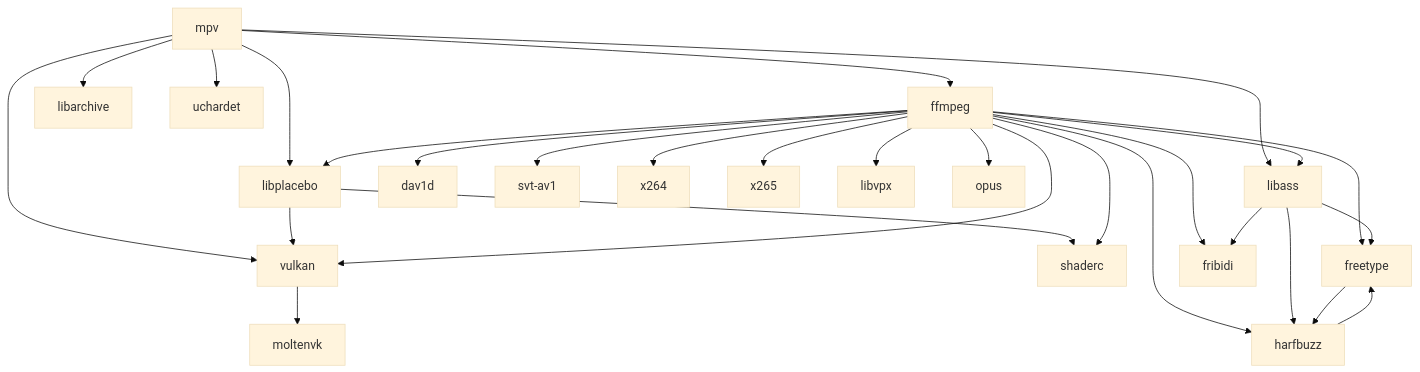
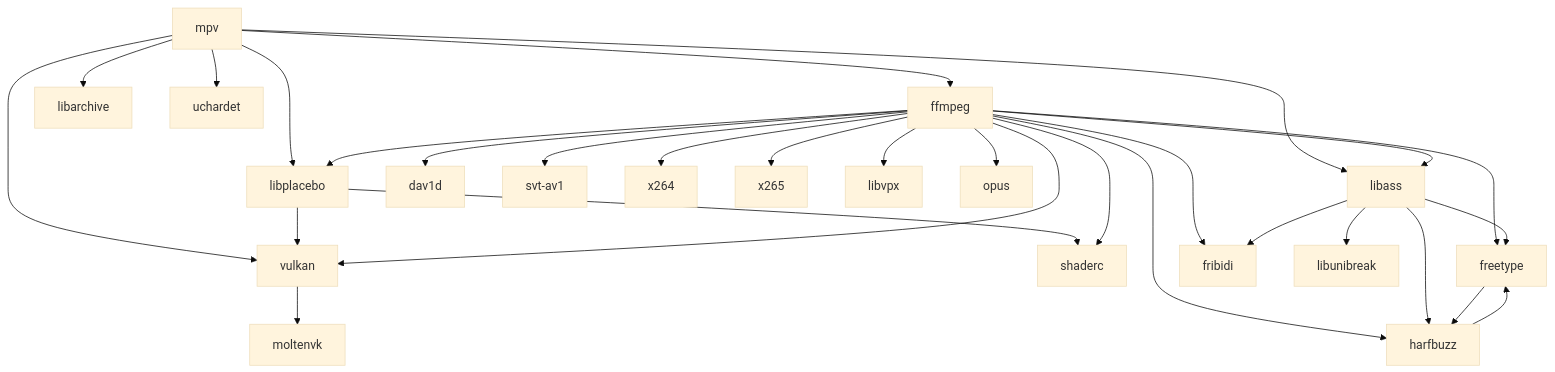
One commit to m154k1/mpv-build-macOS changed the diagram in README.md. Above: the diagram before and after it, drawn with Mermaid (base theme). The commit also changed other lines of this file and 2 other files, not shown here.

Commit message:
scripts: add build-libunibreak

````diff
--- a/README.md
+++ b/README.md
@@ -193,30 +201,31 @@
 ```mermaid
 graph TD;
    mpv-->ffmpeg;
    mpv-->libplacebo;
    mpv-->vulkan;
    mpv-->libass;
    mpv-->libarchive;
    mpv-->uchardet;
    libplacebo-->vulkan;
    libplacebo-->shaderc;
    vulkan-->moltenvk;
    ffmpeg-->libplacebo;
    ffmpeg-->vulkan;
    ffmpeg-->shaderc;
    ffmpeg-->dav1d;
    ffmpeg-->svt-av1;
    ffmpeg-->x264;
    ffmpeg-->x265;
    ffmpeg-->libvpx;
    ffmpeg-->opus;
    ffmpeg-->libass;
    ffmpeg-->freetype;
    ffmpeg-->harfbuzz;
    ffmpeg-->fribidi;
    libass-->freetype;
    libass-->harfbuzz;
    libass-->fribidi;
+   libass-->libunibreak;
    freetype-->harfbuzz;
    harfbuzz-->freetype;
 ```
````
